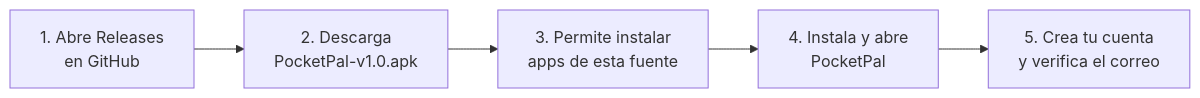
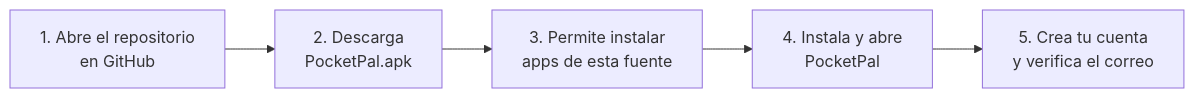
The second of 4 diagrams in README.md (Mikemil0/PocketPal), drawn with Mermaid before and after one commit. The commit also changed other lines of this file, not shown here.

Commit message:
README: el APK se descarga desde la raíz del repositorio

````diff
--- a/README.md
+++ b/README.md
@@ -144,7 +144,7 @@
 ```mermaid
 flowchart LR
-    A[1. Abre Releases<br/>en GitHub] --> B[2. Descarga<br/>PocketPal-v1.0.apk]
+    A[1. Abre el repositorio<br/>en GitHub] --> B[2. Descarga<br/>PocketPal.apk]
     B --> C[3. Permite instalar<br/>apps de esta fuente]
     C --> D[4. Instala y abre<br/>PocketPal]
     D --> E[5. Crea tu cuenta<br/>y verifica el correo]
 ```
````
